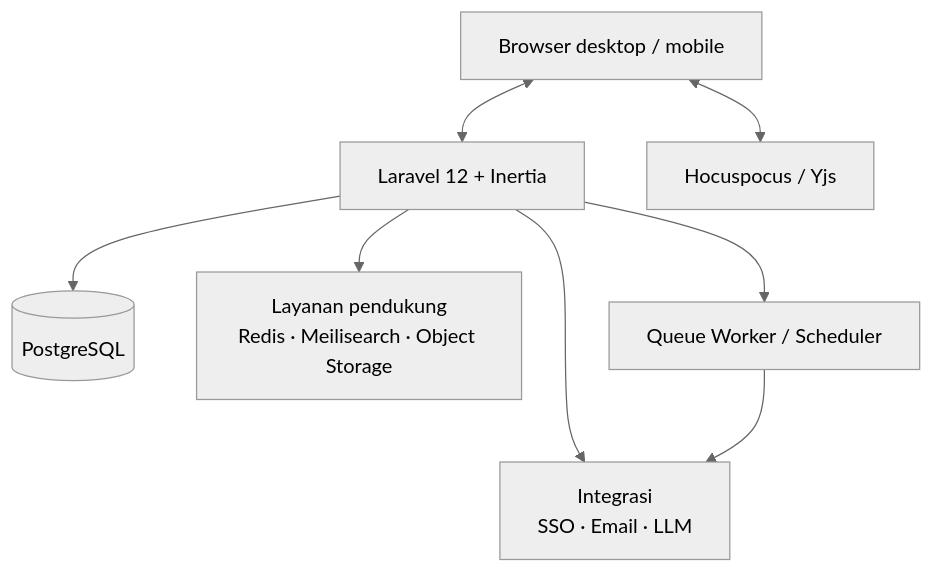
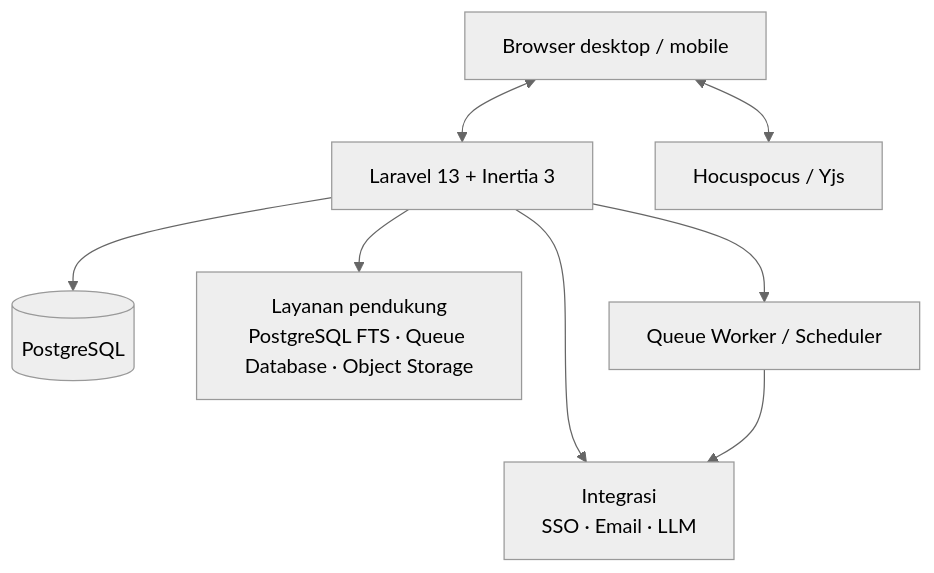
One commit to itstaffsistprogrammingdsi-afk/mom-dev changed the second of 2 diagrams in 01-PRD-Sistem-Notulensi.md. Above: the diagram before and after it, drawn with Mermaid (neutral theme). The commit also changed other lines of this file and 41 other files, not shown here.

````diff
--- a/01-PRD-Sistem-Notulensi.md
+++ b/01-PRD-Sistem-Notulensi.md
@@ -335,10 +349,10 @@
 ```mermaid
 flowchart TB
-    U[Browser desktop / mobile] <--> L[Laravel 12 + Inertia]
+    U[Browser desktop / mobile] <--> L[Laravel 13 + Inertia 3]
     U <--> C[Hocuspocus / Yjs]
     L --> D[(PostgreSQL)]
-    L --> S[Layanan pendukung<br/>Redis · Meilisearch · Object Storage]
+    L --> S[Layanan pendukung<br/>PostgreSQL FTS · Queue Database · Object Storage]
     L --> I[Integrasi<br/>SSO · Email · LLM]
     L --> Q[Queue Worker / Scheduler]
     Q --> I
 ```
````
